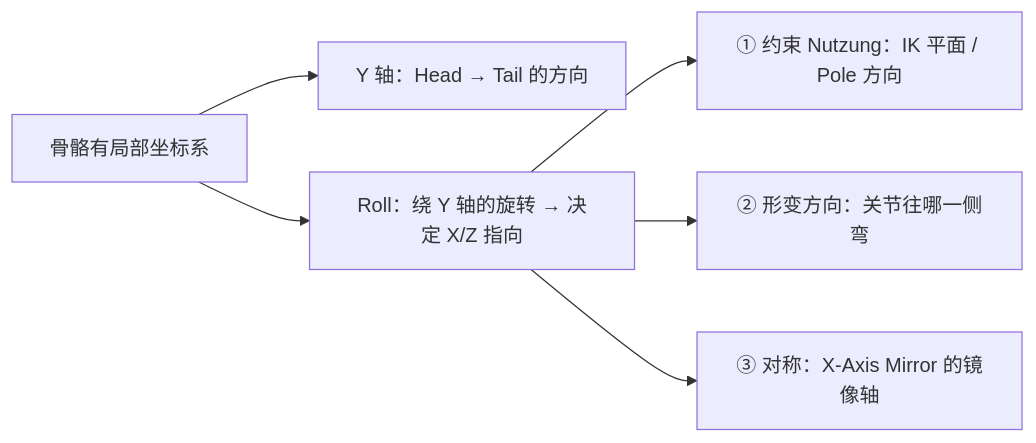
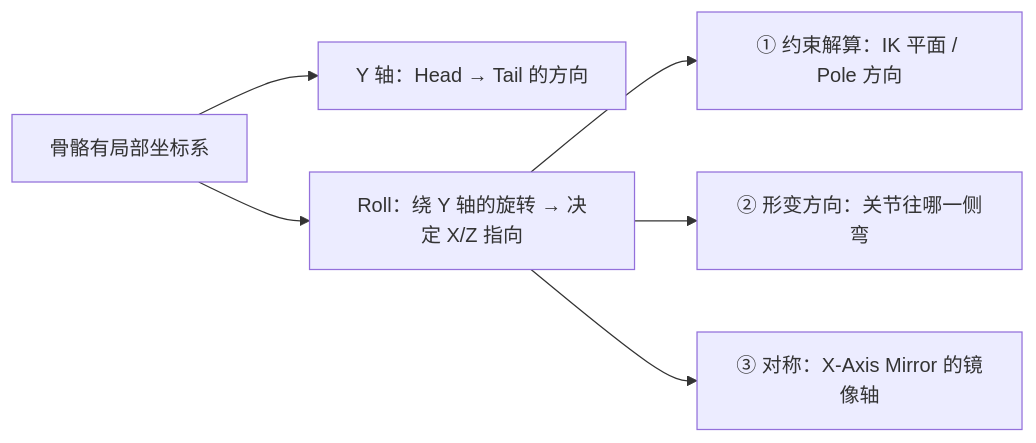
The first of 4 diagrams in Blender笔记/支线/绑定与动画/03-骨骼轴向-Roll-左右对称与X轴镜像.md (liuchamp/blenderdsv1), drawn with Mermaid before and after one commit. The commit also changed other lines of this file and 16 other files, not shown here.

Commit message:
更新 Blender 笔记：补全绑定与动画 06-09 及速查与路线图修订

````diff
--- a/Blender笔记/支线/绑定与动画/03-骨骼轴向-Roll-左右对称与X轴镜像.md
+++ b/Blender笔记/支线/绑定与动画/03-骨骼轴向-Roll-左右对称与X轴镜像.md
@@ -10,8 +10,8 @@
 ```mermaid
 flowchart LR
     A["骨骼有局部坐标系"] --> B["Y 轴：Head → Tail 的方向"]
     A --> C["Roll：绕 Y 轴的旋转 → 决定 X/Z 指向"]
-    C --> D["① 约束 Nutzung：IK 平面 / Pole 方向"]
+    C --> D["① 约束解算：IK 平面 / Pole 方向"]
     C --> E["② 形变方向：关节往哪一侧弯"]
     C --> F["③ 对称：X-Axis Mirror 的镜像轴"]
 ```
````
